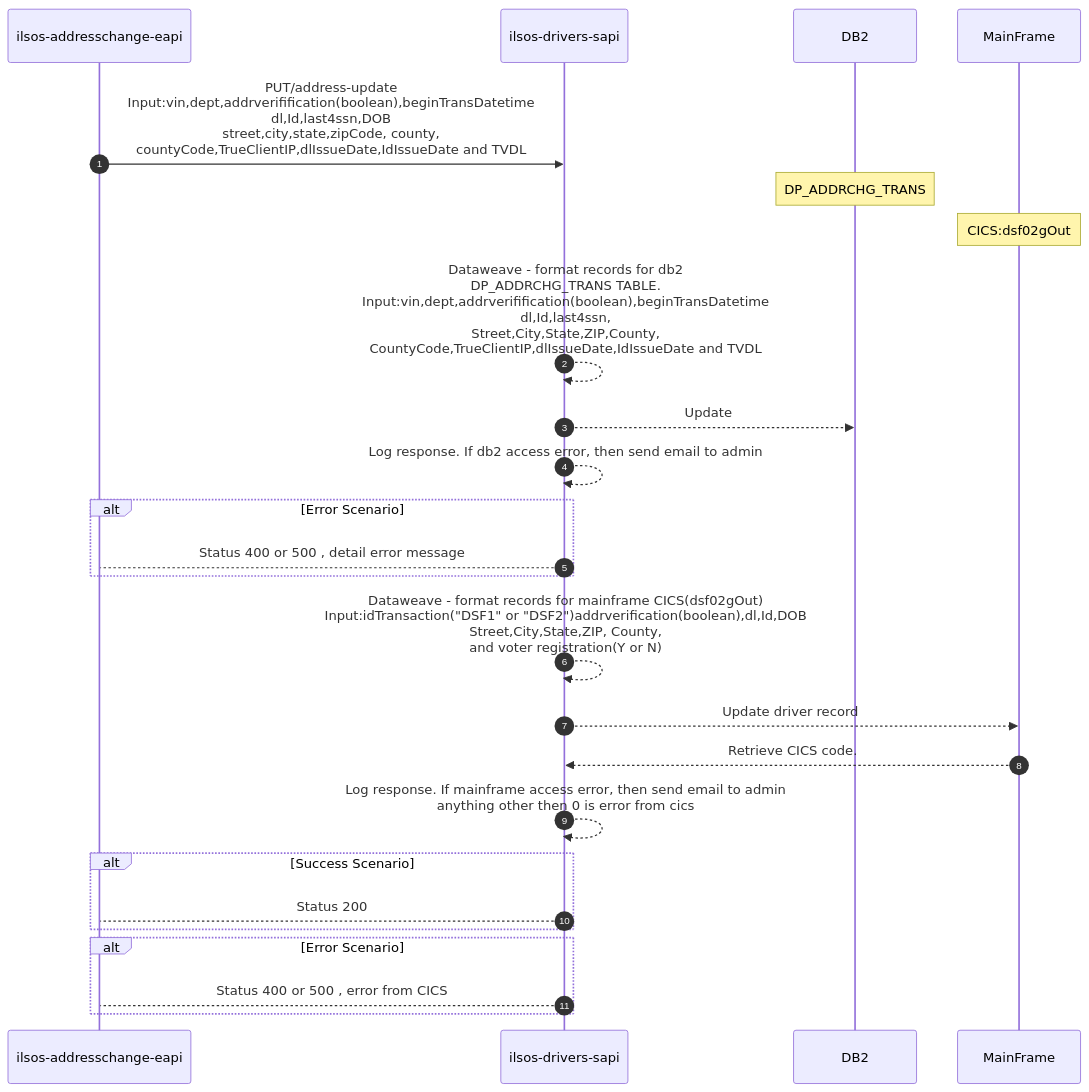
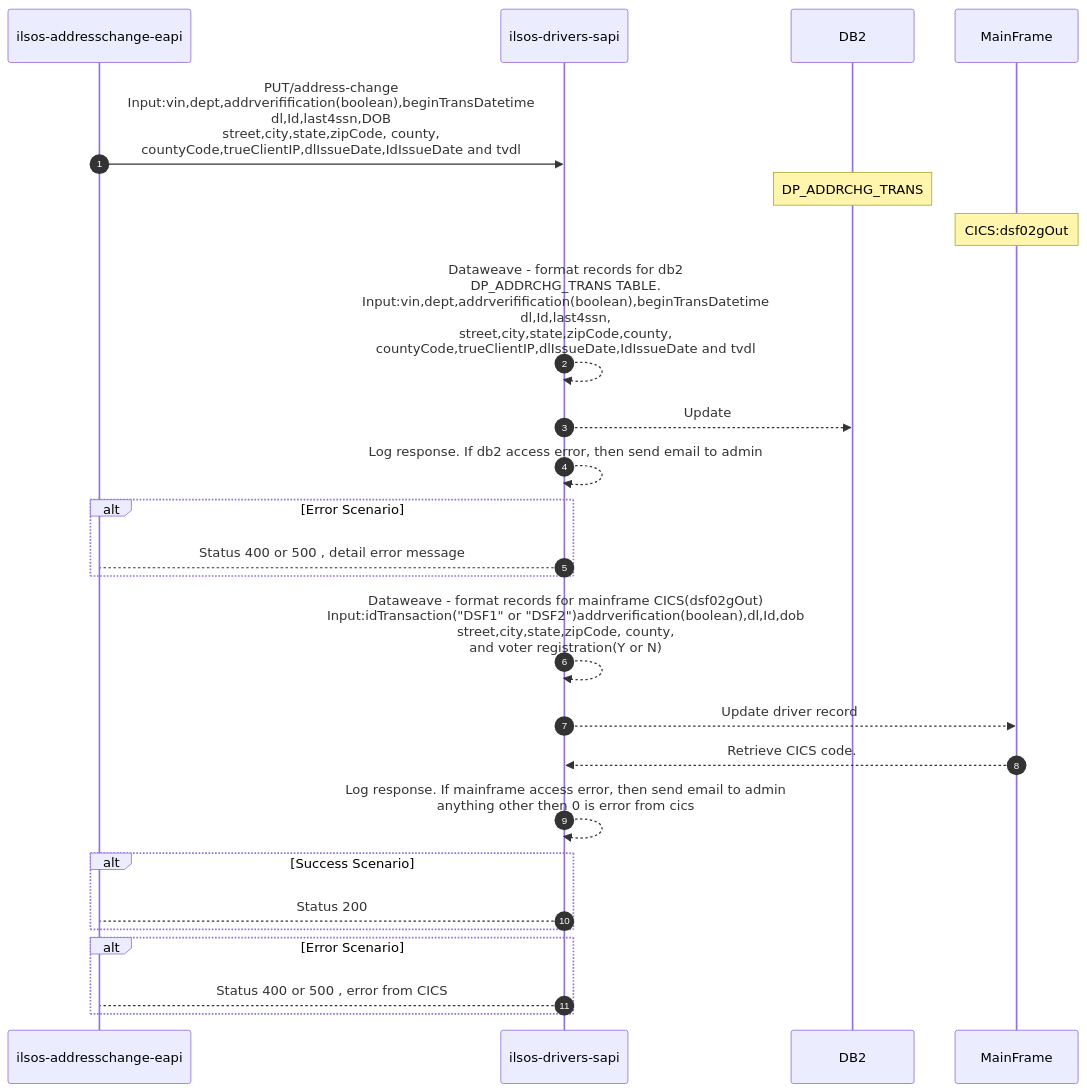
The first of 2 diagrams in README.md (acme-devs/ilsos-drivers-sapi), drawn with Mermaid before and after one commit.

````diff
--- a/README.md
+++ b/README.md
@@ -31,29 +31,29 @@
 ```mermaid
 sequenceDiagram
     autonumber
     participant eapi as ilsos-addresschange-eapi
     participant api as ilsos-drivers-sapi
     participant db2 as DB2
     participant mainframe as MainFrame
 
-    eapi->>api:PUT/address-update <br>Input:vin,dept,addrverifification(boolean),beginTransDatetime<br>dl,Id,last4ssn,DOB<br>street,city,state,zipCode, county,<br>countyCode,TrueClientIP,dlIssueDate,IdIssueDate and TVDL
+    eapi->>api:PUT/address-change <br>Input:vin,dept,addrverifification(boolean),beginTransDatetime<br>dl,Id,last4ssn,DOB<br>street,city,state,zipCode, county,<br>countyCode,trueClientIP,dlIssueDate,IdIssueDate and tvdl
 
     note over db2:DP_ADDRCHG_TRANS
     note over mainframe:CICS:dsf02gOut
-    api-->>api:Dataweave - format records for db2<BR> DP_ADDRCHG_TRANS TABLE.<br>Input:vin,dept,addrverifification(boolean),beginTransDatetime<br>dl,Id,last4ssn,<br>Street,City,State,ZIP,County,<br>CountyCode,TrueClientIP,dlIssueDate,IdIssueDate and TVDL
+    api-->>api:Dataweave - format records for db2<BR> DP_ADDRCHG_TRANS TABLE.<br>Input:vin,dept,addrverifification(boolean),beginTransDatetime<br>dl,Id,last4ssn,<br>street,city,state,zipCode,county,<br>countyCode,trueClientIP,dlIssueDate,IdIssueDate and tvdl
     api-->>db2:Update
     api-->>api:Log response. If db2 access error, then send email to admin
     alt Error Scenario 
         api-->eapi: Status 400 or 500 , detail error message
     end
-    api-->>api:Dataweave - format records for mainframe CICS(dsf02gOut)<br> Input:idTransaction("DSF1" or "DSF2")addrverification(boolean),dl,Id,DOB<br>Street,City,State,ZIP, County,<br>and voter registration(Y or N)
+    api-->>api:Dataweave - format records for mainframe CICS(dsf02gOut)<br> Input:idTransaction("DSF1" or "DSF2")addrverification(boolean),dl,Id,dob<br>street,city,state,zipCode, county,<br>and voter registration(Y or N)
     api-->>mainframe:Update driver record
     mainframe-->>api:Retrieve CICS code.
     api-->>api:Log response. If mainframe access error, then send email to admin<br>anything other then 0 is error from cics
     alt Success Scenario 
         api-->eapi: Status 200 
     end
     alt Error Scenario 
         api-->eapi: Status 400 or 500 , error from CICS
     end
   ```
````
